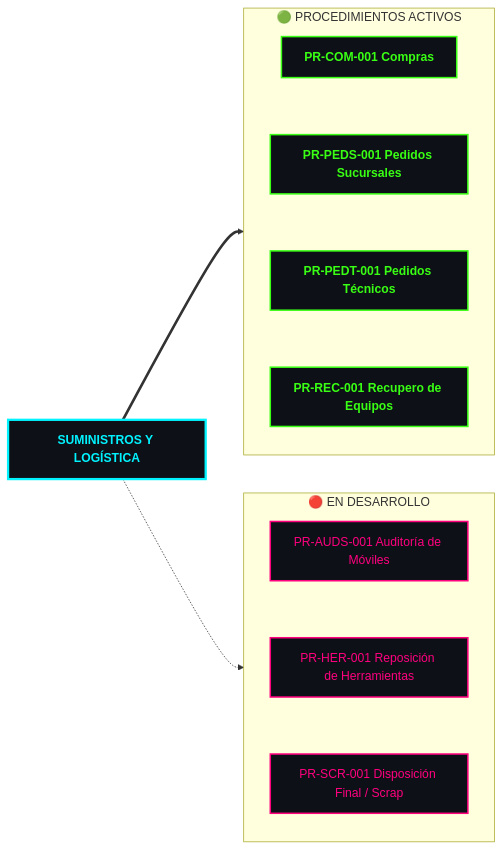
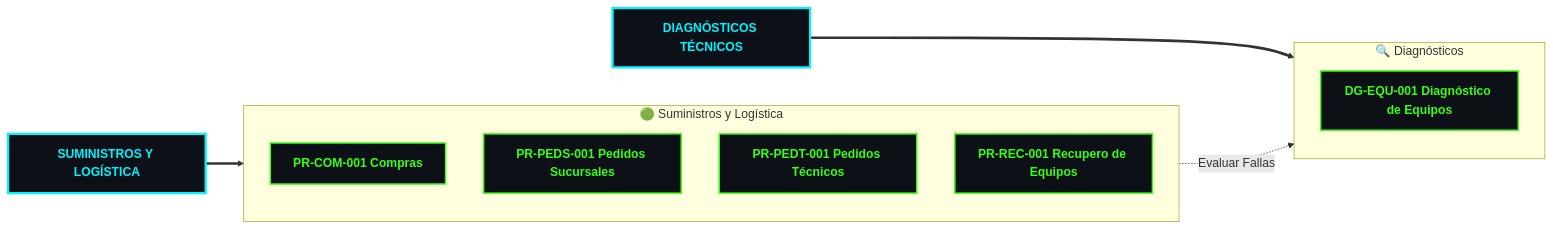
One commit to elingenierok/procedimientos-isp changed the diagram in docs/index.md. Above: the diagram before and after it, drawn with Mermaid. The commit also changed other lines of this file, not shown here.

Commit message:
Revise documentation structure and content

```diff
--- a/docs/index.md
+++ b/docs/index.md
@@ -5,44 +3,38 @@
 <div class="mermaid">
 graph LR
-    %% Estilos Neón / Fondo Oscuro
     classDef area fill:#0d1117,stroke:#00f3ff,stroke-width:3px,color:#00f3ff,font-weight:bold;
     classDef activo fill:#0d1117,stroke:#39ff14,stroke-width:2px,color:#39ff14,font-weight:bold;
-    classDef desarrollo fill:#0d1117,stroke:#ff007f,stroke-width:2px,color:#ff007f;
 
-    %% Nodo Raíz (Izquierda)
+    %% Bloques Raíz (Áreas)
     SL[<b>SUMINISTROS Y LOGÍSTICA</b>]:::area
+    DG[<b>DIAGNÓSTICOS TÉCNICOS</b>]:::area
 
-    %% Columna 1: Procedimientos Activos
-    subgraph ACT ["🟢 PROCEDIMIENTOS ACTIVOS"]
+    %% Subgráfico S&L
+    subgraph S_L ["🟢 Suministros y Logística"]
         direction TB
         COM[PR-COM-001 Compras]:::activo
         PEDS[PR-PEDS-001 Pedidos Sucursales]:::activo
         PEDT[PR-PEDT-001 Pedidos Técnicos]:::activo
         REC[PR-REC-001 Recupero de Equipos]:::activo
-
-        COM ~~~ PEDS ~~~ PEDT ~~~ REC
     end
 
-    %% Columna 2: Procedimientos En Desarrollo
-    subgraph DES ["🔴 EN DESARROLLO"]
+    %% Subgráfico Diagnósticos
+    subgraph DIAG ["🔍 Diagnósticos"]
         direction TB
-        AUDS[PR-AUDS-001 Auditoría de Móviles]:::desarrollo
-        HER[PR-HER-001 Reposición de Herramientas]:::desarrollo
-        SCR[PR-SCR-001 Disposición Final / Scrap]:::desarrollo
-
-        AUDS ~~~ HER ~~~ SCR
+        DGEQU[DG-EQU-001 Diagnóstico de Equipos]:::activo
     end
 
-    %% Conexiones Principales (Distribución Horizontal)
-    SL ==> ACT
-    SL -.-> DES
+    %% Conexiones
+    SL ==> S_L
+    DG ==> DIAG
 
-    %% Links de Navegación
+    %% Enlace cruzado (Ejemplo: Recupero deriva a Diagnóstico)
+    REC -.->|Evaluar Fallas| DGEQU
+
+    %% Links
     click COM "suministros-logistica/PR-COM-001/"
     click PEDS "suministros-logistica/PR-PEDS-001/"
     click PEDT "suministros-logistica/PR-PEDT-001/"
     click REC "suministros-logistica/PR-REC-001/"
-    click AUDS "suministros-logistica/PR-AUDS-001/"
-    click HER "suministros-logistica/PR-HER-001/"
-    click SCR "suministros-logistica/PR-SCR-001/"
+    click DGEQU "diagnosticos/DG-EQU-001/"
 </div>
```
